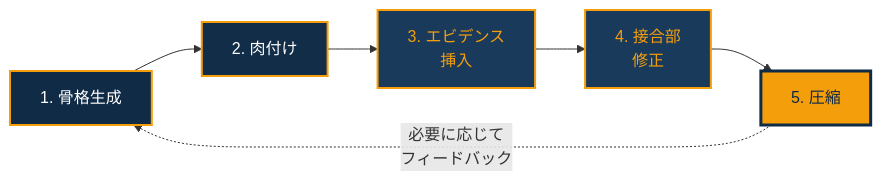
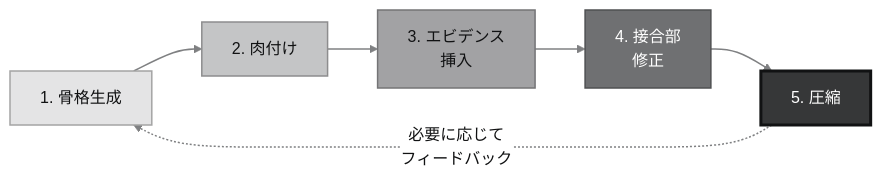
Before and after one commit to Leading-AI-IO/the-10-80-10-principle: the seventh of 11 diagrams in docs/jp/the_10_80_10_principle_JP.md, drawn with Mermaid. The commit also changed other lines of this file, not shown here.

````diff
--- a/docs/jp/the_10_80_10_principle_JP.md
+++ b/docs/jp/the_10_80_10_principle_JP.md
@@ -871,14 +886,16 @@
 ```mermaid
+%%{init: {'theme':'base','themeVariables':{'fontFamily':'Helvetica, Arial, sans-serif','lineColor':'#7f8082','primaryTextColor':'#111213','clusterBkg':'#fafafa','clusterBorder':'#b6b7b8','titleColor':'#363738','edgeLabelBackground':'#ffffff'}}}%%
 graph LR
     S1["1. 骨格生成"] --> S2["2. 肉付け"]
     S2 --> S3["3. エビデンス<br/>挿入"]
     S3 --> S4["4. 接合部<br/>修正"]
     S4 --> S5["5. 圧縮"]
     S5 -.->|"必要に応じて<br/>フィードバック"| S1
 
-    style S1 fill:#0f2b46,stroke:#f59e0b,color:#ffffff,stroke-width:2px
-    style S2 fill:#122d47,stroke:#f59e0b,color:#ffffff,stroke-width:2px
-    style S3 fill:#1a3a5c,stroke:#f59e0b,color:#f59e0b,stroke-width:2px
-    style S4 fill:#1a3a5c,stroke:#f59e0b,color:#f59e0b,stroke-width:2px
-    style S5 fill:#f59e0b,stroke:#0f2b46,color:#0f2b46,stroke-width:3px
+    style S1 fill:#e4e4e5,stroke:#a4a4a4,color:#111213,stroke-width:1.5px
+    style S2 fill:#c4c5c6,stroke:#8d8d8e,color:#111213,stroke-width:1.5px
+    style S3 fill:#a2a2a4,stroke:#747476,color:#111213,stroke-width:1.5px
+    style S4 fill:#6f7072,stroke:#4f5052,color:#ffffff,stroke-width:1.5px
+    style S5 fill:#363738,stroke:#111213,color:#ffffff,stroke-width:3px
+    linkStyle default stroke:#7f8082,stroke-width:1.5px
 ```
````
